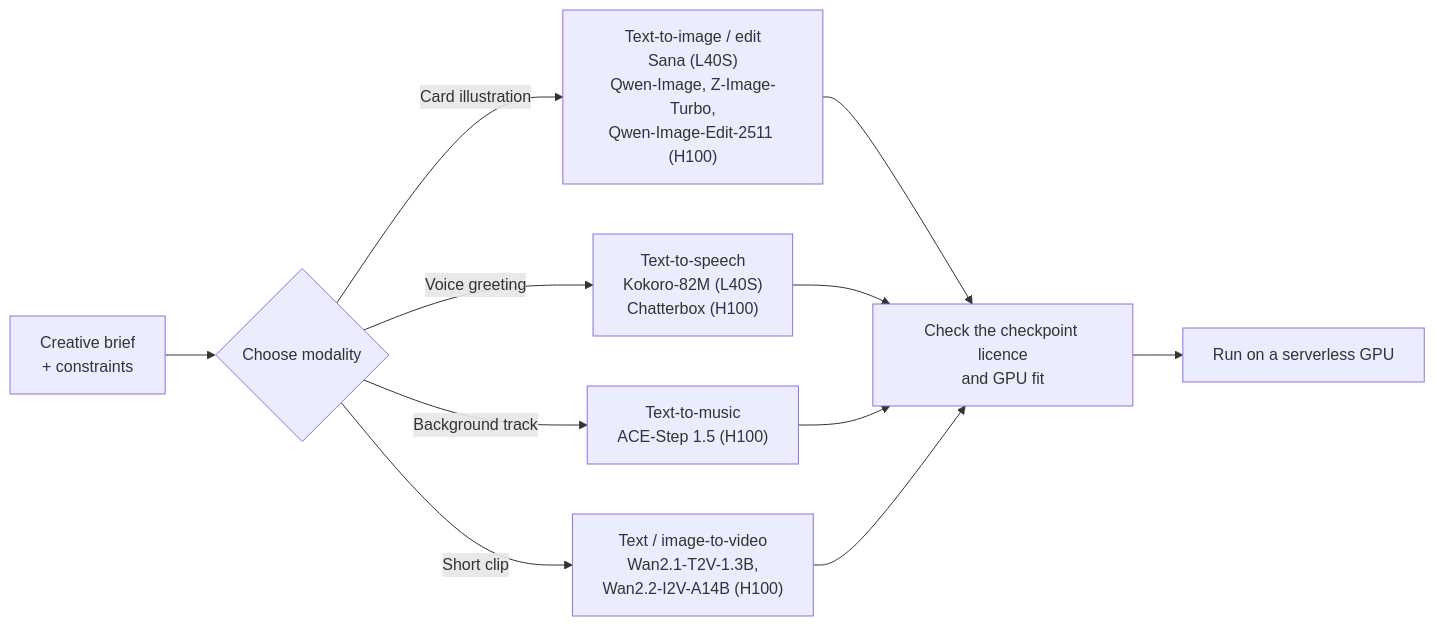
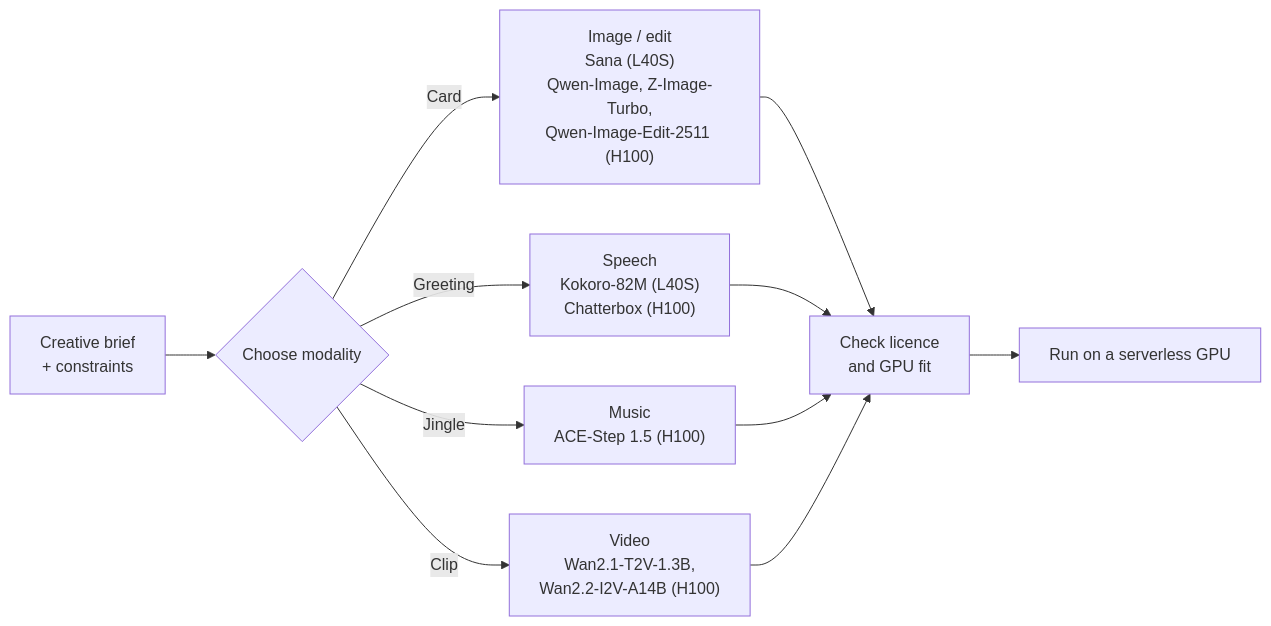
Before and after one commit to DataTalksClub/production-ai-agents-for-media-generation: the first of 2 diagrams in 01-consistent-media-generation-on-serverless-gpus/01-landscape.md, drawn with Mermaid. The commit also changed other lines of this file, not shown here.

Commit message:
01-landscape: step 3 review fixes (fact-check + learner, expert, compliance reviews)

````diff
--- a/01-consistent-media-generation-on-serverless-gpus/01-landscape.md
+++ b/01-consistent-media-generation-on-serverless-gpus/01-landscape.md
@@ -27,13 +37,13 @@
 ```mermaid
 flowchart LR
-  Brief["Creative brief\n+ constraints"] --> Modality{"Choose modality"}
-  Modality -->|"Card illustration"| Image["Text-to-image / edit\nSana (L40S)\nQwen-Image, Z-Image-Turbo,\nQwen-Image-Edit-2511 (H100)"]
-  Modality -->|"Voice greeting"| Speech["Text-to-speech\nKokoro-82M (L40S)\nChatterbox (H100)"]
-  Modality -->|"Background track"| Music["Text-to-music\nACE-Step 1.5 (H100)"]
-  Modality -->|"Short clip"| Video["Text / image-to-video\nWan2.1-T2V-1.3B,\nWan2.2-I2V-A14B (H100)"]
-  Image --> Check["Check the checkpoint licence\nand GPU fit"]
+  Brief["Creative brief<br/>+ constraints"] --> Modality{"Choose modality"}
+  Modality -->|"Card"| Image["Image / edit<br/>Sana (L40S)<br/>Qwen-Image, Z-Image-Turbo,<br/>Qwen-Image-Edit-2511 (H100)"]
+  Modality -->|"Greeting"| Speech["Speech<br/>Kokoro-82M (L40S)<br/>Chatterbox (H100)"]
+  Modality -->|"Jingle"| Music["Music<br/>ACE-Step 1.5 (H100)"]
+  Modality -->|"Clip"| Video["Video<br/>Wan2.1-T2V-1.3B,<br/>Wan2.2-I2V-A14B (H100)"]
+  Image --> Check["Check licence<br/>and GPU fit"]
   Speech --> Check
   Music --> Check
   Video --> Check
   Check --> Worker["Run on a serverless GPU"]
 ```
````
